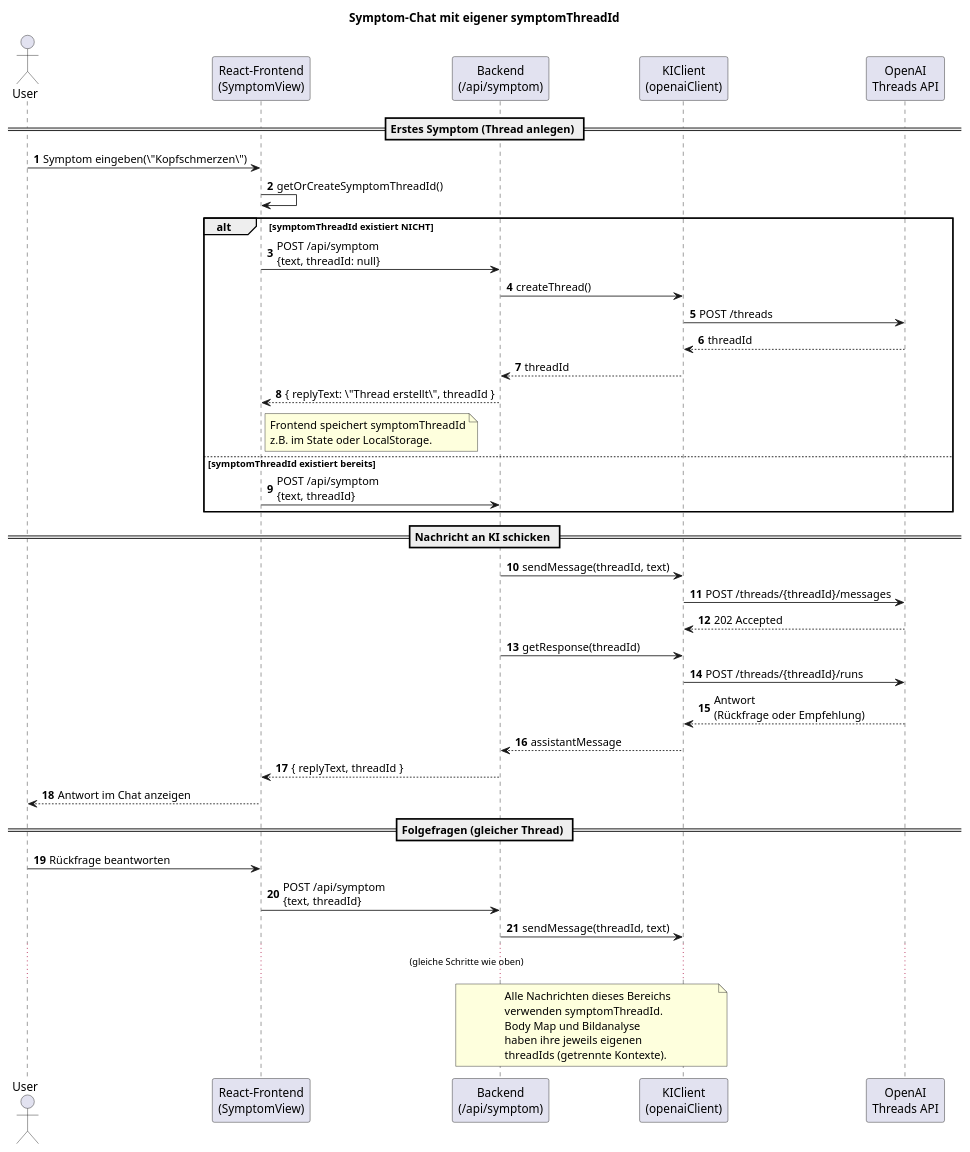
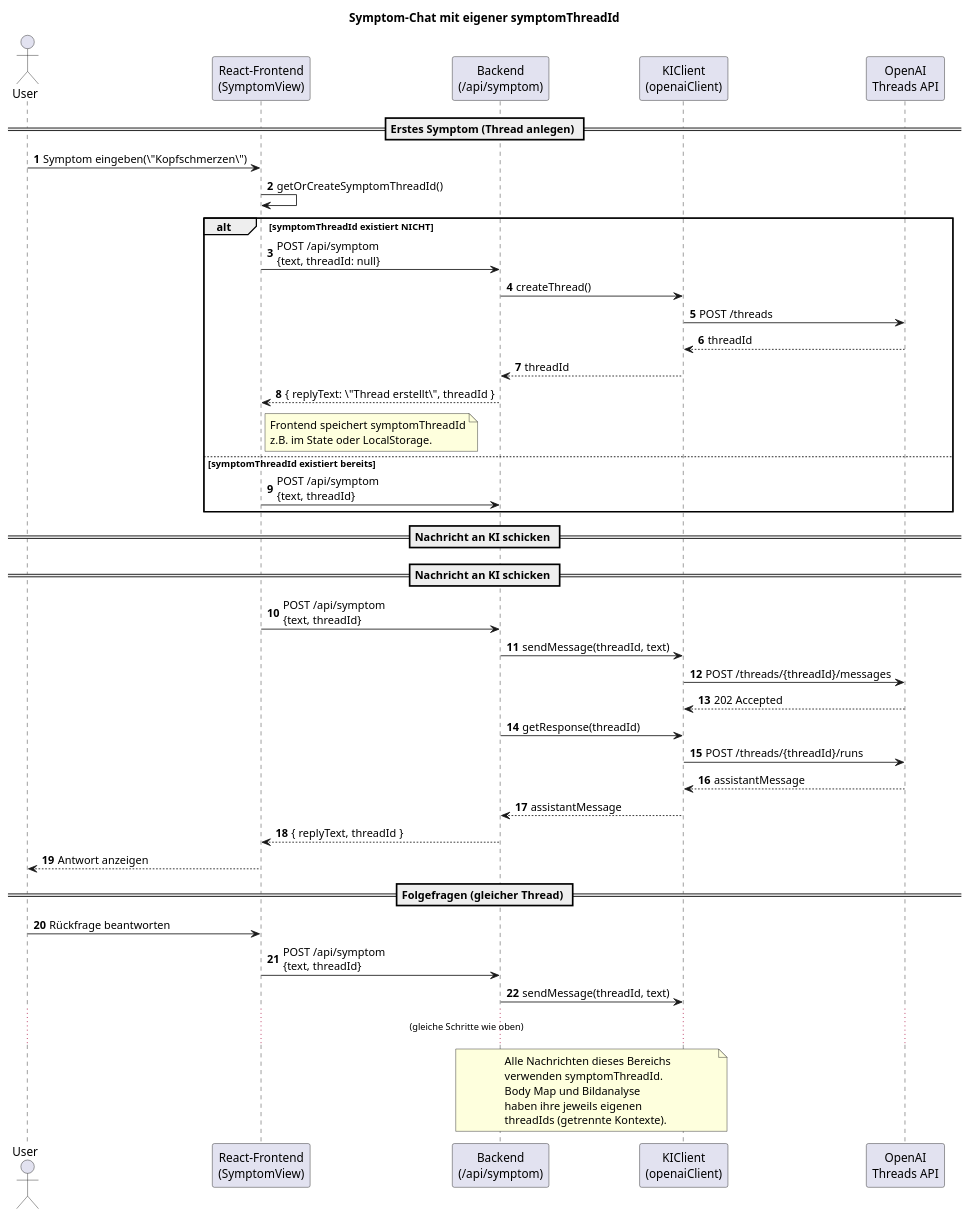
The diagram in docs/uml/symptom_sequence.puml (Himan-Herman/entscheidungs-app-imac-), drawn with PlantUML before and after one commit.

```diff
--- a/docs/uml/symptom_sequence.puml
+++ b/docs/uml/symptom_sequence.puml
@@ -1,62 +1,68 @@
 @startuml symptom_sequence
 autonumber
 skinparam participantStyle rectangle
 
 actor User
 participant "React-Frontend\n(SymptomView)" as FE
 participant "Backend\n(/api/symptom)" as BE
 participant "KIClient\n(openaiClient)" as KIC
 participant "OpenAI\nThreads API" as OA
 
 title Symptom-Chat mit eigener symptomThreadId
 
 == Erstes Symptom (Thread anlegen) ==
 
 User -> FE : Symptom eingeben(\"Kopfschmerzen\")
 FE -> FE : getOrCreateSymptomThreadId()
 
 alt symptomThreadId existiert NICHT
   FE -> BE : POST /api/symptom\n{text, threadId: null}
   BE -> KIC : createThread()
   KIC -> OA : POST /threads
   OA --> KIC : threadId
   KIC --> BE : threadId
   BE --> FE : { replyText: \"Thread erstellt\", threadId }
   note right of FE
     Frontend speichert symptomThreadId
     z.B. im State oder LocalStorage.
   end note
 else symptomThreadId existiert bereits
   FE -> BE : POST /api/symptom\n{text, threadId}
 end
 
 == Nachricht an KI schicken ==
 
+== Nachricht an KI schicken ==
+
+FE -> BE : POST /api/symptom\n{text, threadId}
+
 BE -> KIC : sendMessage(threadId, text)
 KIC -> OA : POST /threads/{threadId}/messages
 OA --> KIC : 202 Accepted
 
 BE -> KIC : getResponse(threadId)
 KIC -> OA : POST /threads/{threadId}/runs
-OA --> KIC : Antwort\n(Rückfrage oder Empfehlung)
+OA --> KIC : assistantMessage
+
 KIC --> BE : assistantMessage
 BE --> FE : { replyText, threadId }
 
-FE --> User : Antwort im Chat anzeigen
+FE --> User : Antwort anzeigen
+
 
 == Folgefragen (gleicher Thread) ==
 
 User -> FE : Rückfrage beantworten
 FE -> BE : POST /api/symptom\n{text, threadId}
 BE -> KIC : sendMessage(threadId, text)
 ... (gleiche Schritte wie oben) ...
 
 note over BE, KIC
   Alle Nachrichten dieses Bereichs
   verwenden symptomThreadId.
   Body Map und Bildanalyse
   haben ihre jeweils eigenen
   threadIds (getrennte Kontexte).
 end note
 
 @enduml
```
